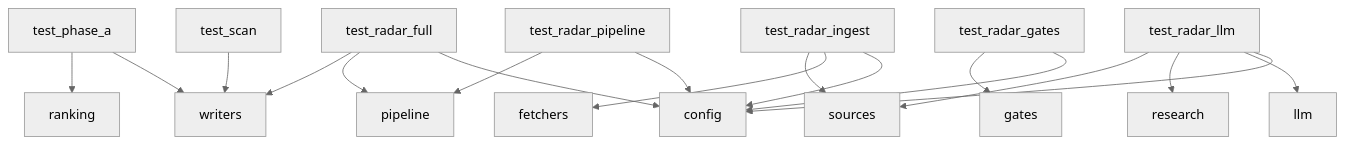
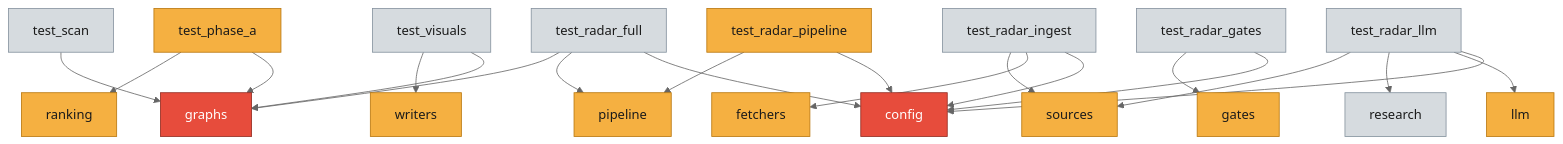
Before and after one commit to hhleroy97/repo-scan: the diagram in docs/reports/dependencies.md, drawn with Mermaid (neutral theme). The commit also changed other lines of this file and 15 other files, not shown here.

First line of the commit message:
feat: visual layer for generated docs — Mermaid charts, callouts, PageRank-tinted dep graphs

````diff
--- a/docs/reports/dependencies.md
+++ b/docs/reports/dependencies.md
@@ -10,20 +12,28 @@
 ```mermaid
 graph TD
-  tests_test_phase_a["test_phase_a"] --> repo_scan_writers["writers"]
+  tests_test_phase_a["test_phase_a"] --> repo_scan_graphs["graphs"]
   tests_test_phase_a["test_phase_a"] --> repo_scan_ranking["ranking"]
   tests_test_radar_ingest["test_radar_ingest"] --> repo_scan_config["config"]
   tests_test_radar_ingest["test_radar_ingest"] --> repo_scan_radar_fetchers["fetchers"]
   tests_test_radar_ingest["test_radar_ingest"] --> repo_scan_radar_sources["sources"]
-  tests_test_scan["test_scan"] --> repo_scan_writers["writers"]
+  tests_test_visuals["test_visuals"] --> repo_scan_graphs["graphs"]
+  tests_test_visuals["test_visuals"] --> repo_scan_writers["writers"]
+  tests_test_scan["test_scan"] --> repo_scan_graphs["graphs"]
   tests_test_radar_pipeline["test_radar_pipeline"] --> repo_scan_config["config"]
   tests_test_radar_pipeline["test_radar_pipeline"] --> repo_scan_radar_pipeline["pipeline"]
   tests_test_radar_llm["test_radar_llm"] --> repo_scan_config["config"]
   tests_test_radar_llm["test_radar_llm"] --> repo_scan_radar_llm["llm"]
   tests_test_radar_llm["test_radar_llm"] --> repo_scan_radar_research["research"]
   tests_test_radar_llm["test_radar_llm"] --> repo_scan_radar_sources["sources"]
   tests_test_radar_gates["test_radar_gates"] --> repo_scan_config["config"]
   tests_test_radar_gates["test_radar_gates"] --> repo_scan_radar_gates["gates"]
   tests_test_radar_full["test_radar_full"] --> repo_scan_config["config"]
   tests_test_radar_full["test_radar_full"] --> repo_scan_radar_pipeline["pipeline"]
-  tests_test_radar_full["test_radar_full"] --> repo_scan_writers["writers"]
+  tests_test_radar_full["test_radar_full"] --> repo_scan_graphs["graphs"]
+  classDef hot fill:#e74c3c,stroke:#922b21,color:#fff
+  classDef warm fill:#f5b041,stroke:#b9770e,color:#1a1a1a
+  classDef cold fill:#d6dbdf,stroke:#85929e,color:#1a1a1a
+  class repo_scan_config,repo_scan_graphs hot
+  class repo_scan_radar_fetchers,repo_scan_radar_gates,repo_scan_radar_llm,repo_scan_radar_pipeline,repo_scan_radar_sources,repo_scan_ranking,repo_scan_writers,tests_test_phase_a,tests_test_radar_pipeline warm
+  class repo_scan_radar_research,tests_test_radar_full,tests_test_radar_gates,tests_test_radar_ingest,tests_test_radar_llm,tests_test_scan,tests_test_visuals cold
 ```
````
